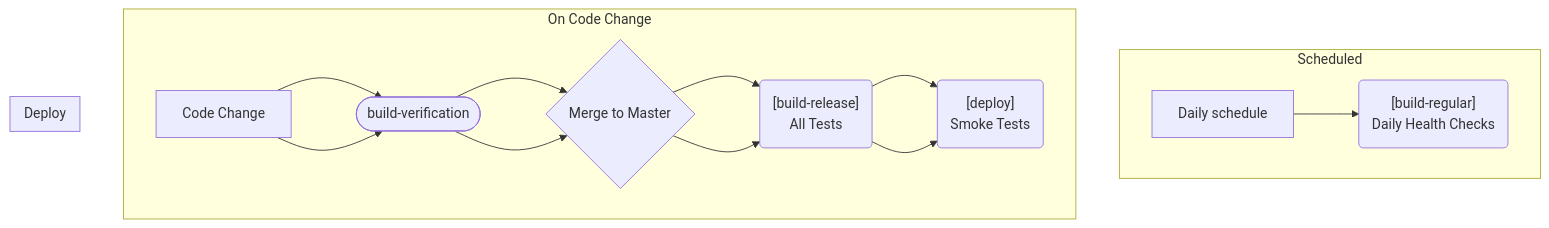
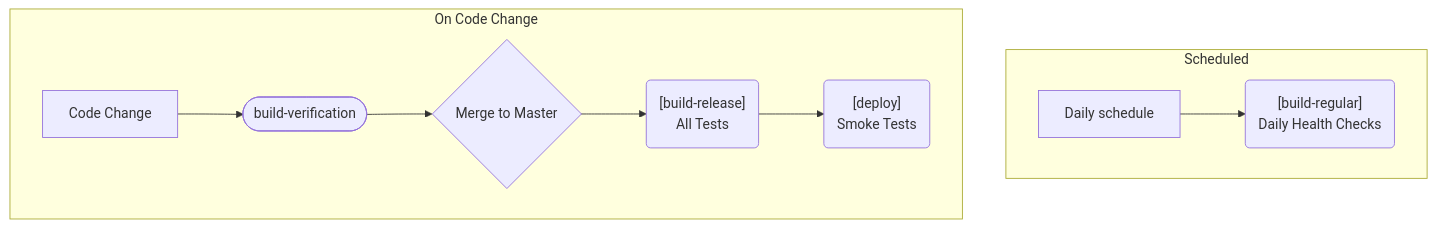
Before and after one commit to MrD4rkne/owe-me-api: the second of 2 diagrams in docs/ci-cd.MD, drawn with Mermaid.

Commit message:
docs: remove redundant deploy subgraph from CI/CD documentation

````diff
--- a/docs/ci-cd.MD
+++ b/docs/ci-cd.MD
@@ -100,23 +100,15 @@
 ```mermaid
 flowchart TD
     subgraph "Scheduled"
         direction LR
         Schedule["Daily schedule"] --> F("[build-regular]<br/>Daily Health Checks")
     end
 
     subgraph "On Code Change"
         direction LR
         A[Code Change] --> B([build-verification])
         B --> C{Merge to Master}
         C --> D("[build-release]<br/>All Tests")
         D --> E("[deploy]<br/>Smoke Tests")
     end
-    
-    subgraph "Deploy"
-        direction LR
-        A[Code Change] --> B([build-verification])
-        B --> C{Merge to Master}
-        C --> D("[build-release]<br/>All Tests")
-        D --> E("[deploy]<br/>Smoke Tests")
-    end
 ```
````
